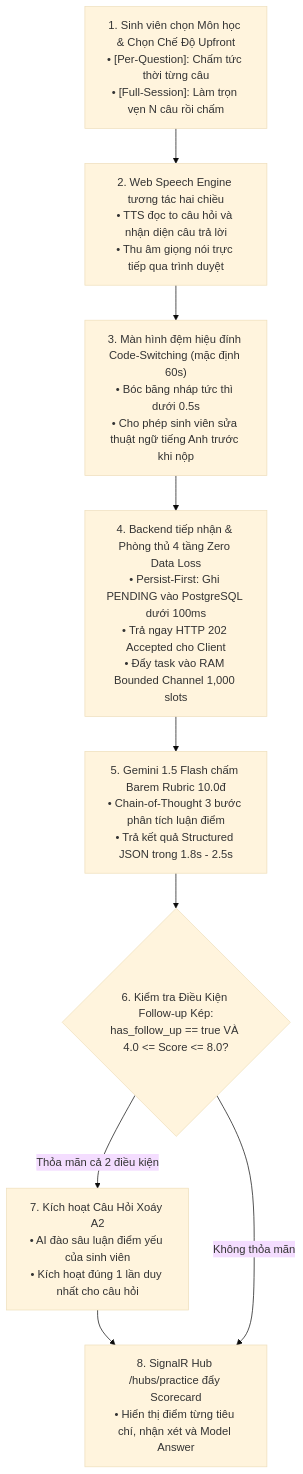
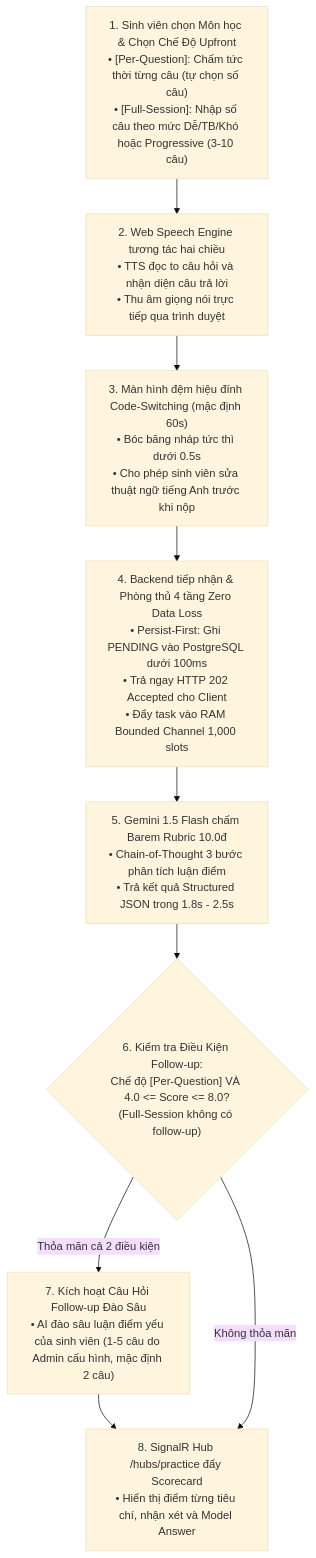
The sixth of 14 diagrams in docs/MASTER_ARCHITECTURE.md (An-LLM-based-Oral-Examination/oral-exam-system), drawn with Mermaid (base theme) before and after one commit. The commit also changed other lines of this file and 144 other files, not shown here.

````diff
--- a/docs/MASTER_ARCHITECTURE.md
+++ b/docs/MASTER_ARCHITECTURE.md
@@ -754,15 +757,15 @@
 ```mermaid
 flowchart TD
-    M1_Start["1. Sinh viên chọn Môn học & Chọn Chế Độ Upfront<br>• [Per-Question]: Chấm tức thời từng câu<br>• [Full-Session]: Làm trọn vẹn N câu rồi chấm"]
+    M1_Start["1. Sinh viên chọn Môn học & Chọn Chế Độ Upfront<br>• [Per-Question]: Chấm tức thời từng câu (tự chọn số câu)<br>• [Full-Session]: Nhập số câu theo mức Dễ/TB/Khó hoặc Progressive (3-10 câu)"]
     M1_Audio["2. Web Speech Engine tương tác hai chiều<br>• TTS đọc to câu hỏi và nhận diện câu trả lời<br>• Thu âm giọng nói trực tiếp qua trình duyệt"]
     M1_Buffer["3. Màn hình đệm hiệu đính Code-Switching (mặc định 60s)<br>• Bóc băng nháp tức thì dưới 0.5s<br>• Cho phép sinh viên sửa thuật ngữ tiếng Anh trước khi nộp"]
     M1_Persist["4. Backend tiếp nhận & Phòng thủ 4 tầng Zero Data Loss<br>• Persist-First: Ghi PENDING vào PostgreSQL dưới 100ms<br>• Trả ngay HTTP 202 Accepted cho Client<br>• Đẩy task vào RAM Bounded Channel 1,000 slots"]
     M1_AI["5. Gemini 1.5 Flash chấm Barem Rubric 10.0đ<br>• Chain-of-Thought 3 bước phân tích luận điểm<br>• Trả kết quả Structured JSON trong 1.8s - 2.5s"]
-    M1_FollowUp{"6. Kiểm tra Điều Kiện Follow-up Kép:<br>has_follow_up == true VÀ 4.0 <= Score <= 8.0?"}
-    M1_A2["7. Kích hoạt Câu Hỏi Xoáy A2<br>• AI đào sâu luận điểm yếu của sinh viên<br>• Kích hoạt đúng 1 lần duy nhất cho câu hỏi"]
+    M1_FollowUp{"6. Kiểm tra Điều Kiện Follow-up:<br>Chế độ [Per-Question] VÀ 4.0 <= Score <= 8.0?<br>(Full-Session không có follow-up)"}
+    M1_A2["7. Kích hoạt Câu Hỏi Follow-up Đào Sâu<br>• AI đào sâu luận điểm yếu của sinh viên (1-5 câu do Admin cấu hình, mặc định 2 câu)"]
     M1_Push["8. SignalR Hub /hubs/practice đẩy Scorecard<br>• Hiển thị điểm từng tiêu chí, nhận xét và Model Answer"]
 
     M1_Start --> M1_Audio --> M1_Buffer --> M1_Persist --> M1_AI --> M1_FollowUp
     M1_FollowUp -- Thỏa mãn cả 2 điều kiện --> M1_A2 --> M1_Push
     M1_FollowUp -- Không thỏa mãn --> M1_Push
 ```
````
